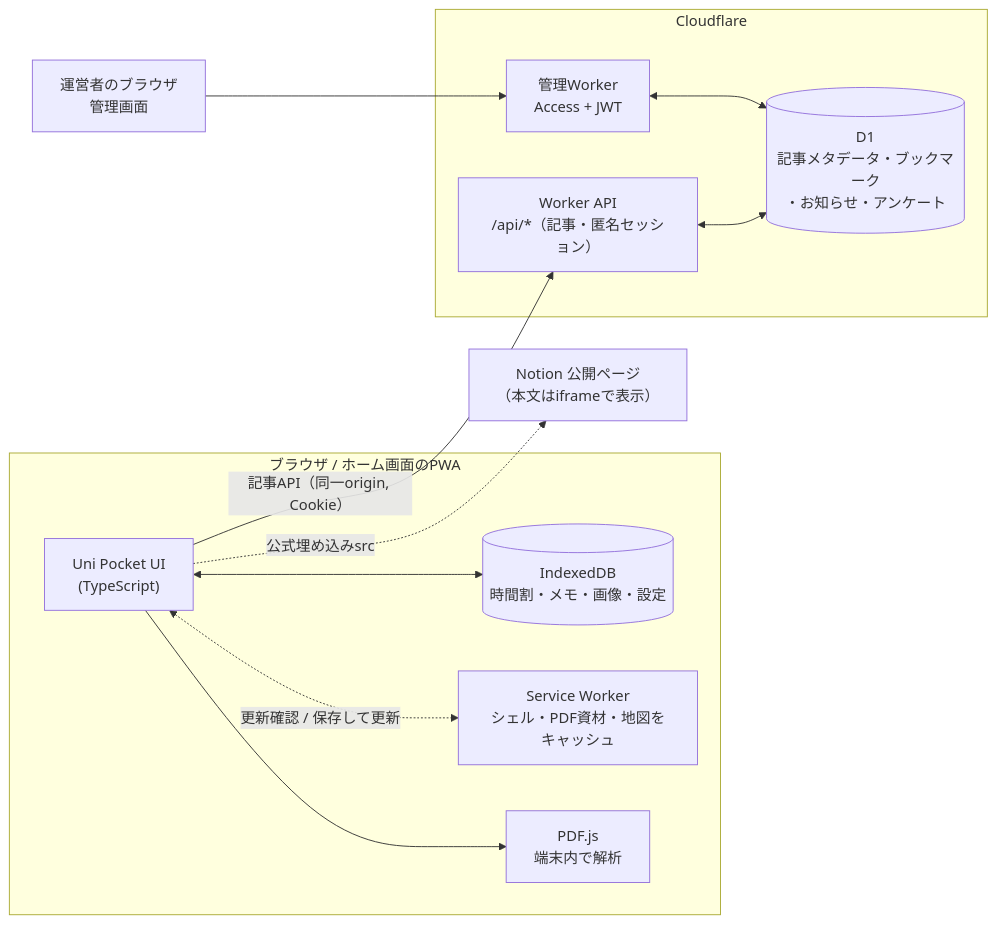
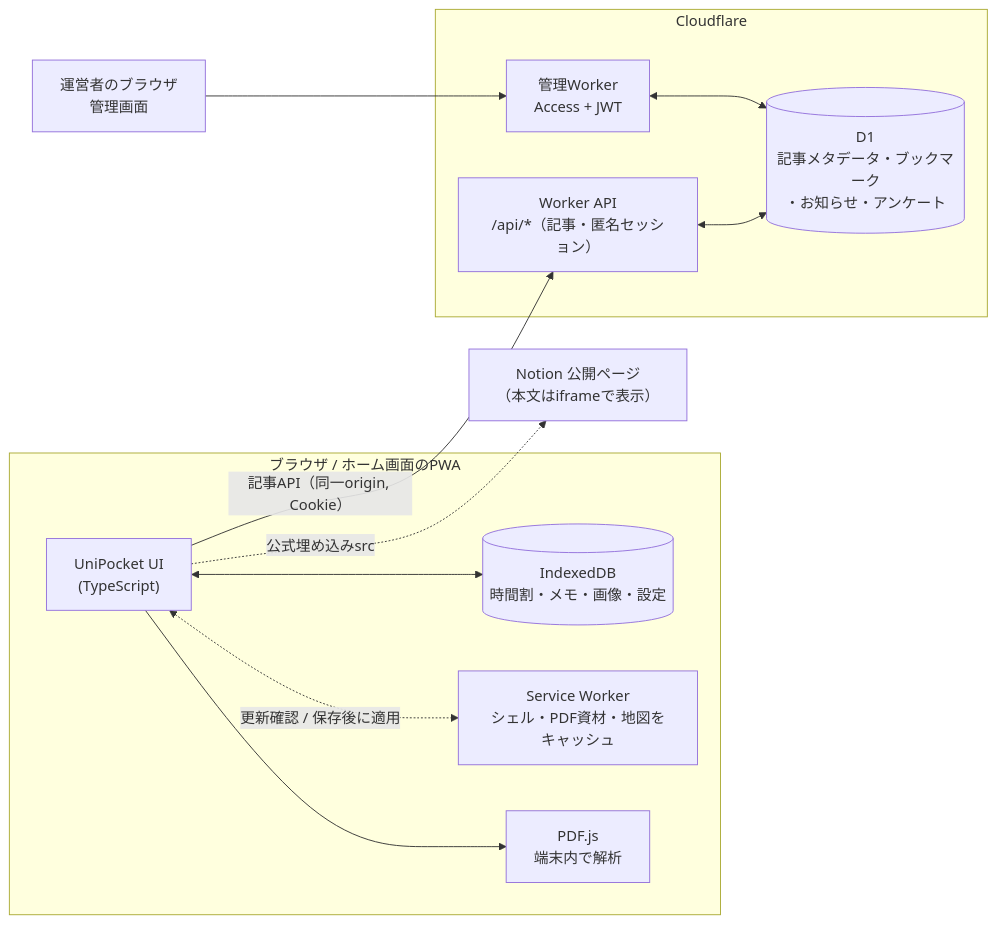
One commit to karladev001-eng/UniPocket changed the diagram in README.md. Above: the diagram before and after it, drawn with Mermaid. The commit also changed other lines of this file and 1 other file, not shown here.

Commit message:
docs: focus UniPocket README on the PWA

````diff
--- a/README.md
+++ b/README.md
@@ -44,28 +33,27 @@
 ```mermaid
 flowchart LR
   subgraph Browser["ブラウザ / ホーム画面のPWA"]
-    UI["Uni Pocket UI<br/>(TypeScript)"]
+    UI["UniPocket UI<br/>(TypeScript)"]
     IDB[("IndexedDB<br/>時間割・メモ・画像・設定")]
     SW["Service Worker<br/>シェル・PDF資材・地図をキャッシュ"]
     PDF["PDF.js<br/>端末内で解析"]
     UI <--> IDB
     UI --> PDF
-    UI <-. 更新確認 / 保存して更新 .-> SW
+    UI <-. 更新確認 / 保存後に適用 .-> SW
   end
 
   subgraph CF["Cloudflare"]
     W["Worker API<br/>/api/*（記事・匿名セッション）"]
     D1[("D1<br/>記事メタデータ・ブックマーク<br/>・お知らせ・アンケート")]
     AW["管理Worker<br/>Access + JWT"]
     W <--> D1
     AW <--> D1
   end
 
   Notion["Notion 公開ページ<br/>（本文はiframeで表示）"]
   Admin["運営者のブラウザ<br/>管理画面"]
 
   UI -- "記事API（同一origin, Cookie）" --> W
   UI -. 公式埋め込みsrc .-> Notion
   Admin --> AW
-
 ```
````
